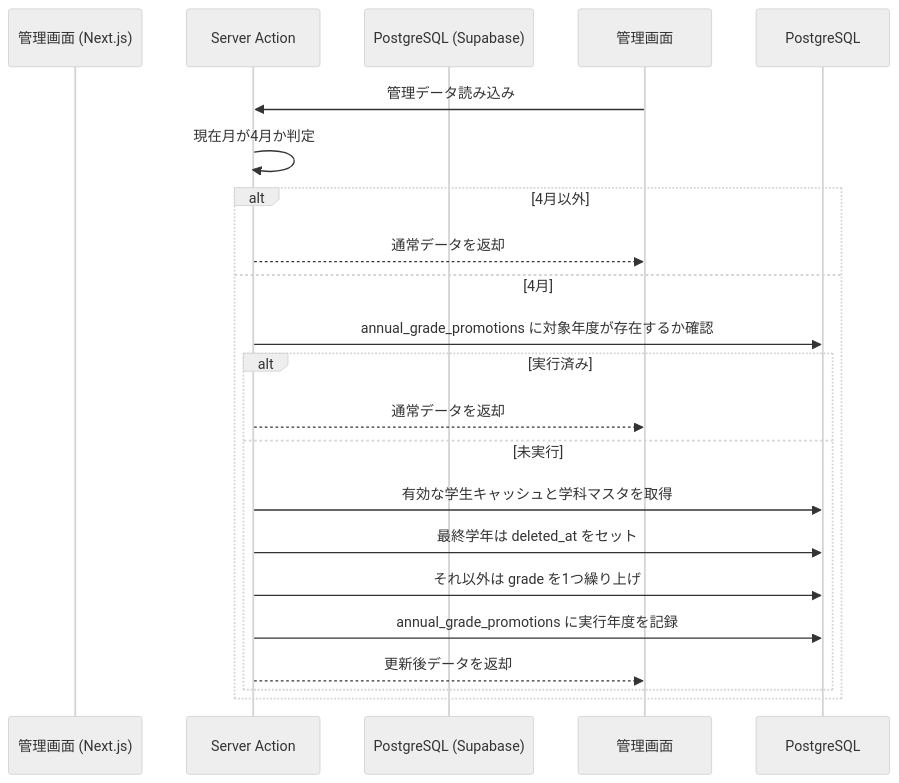
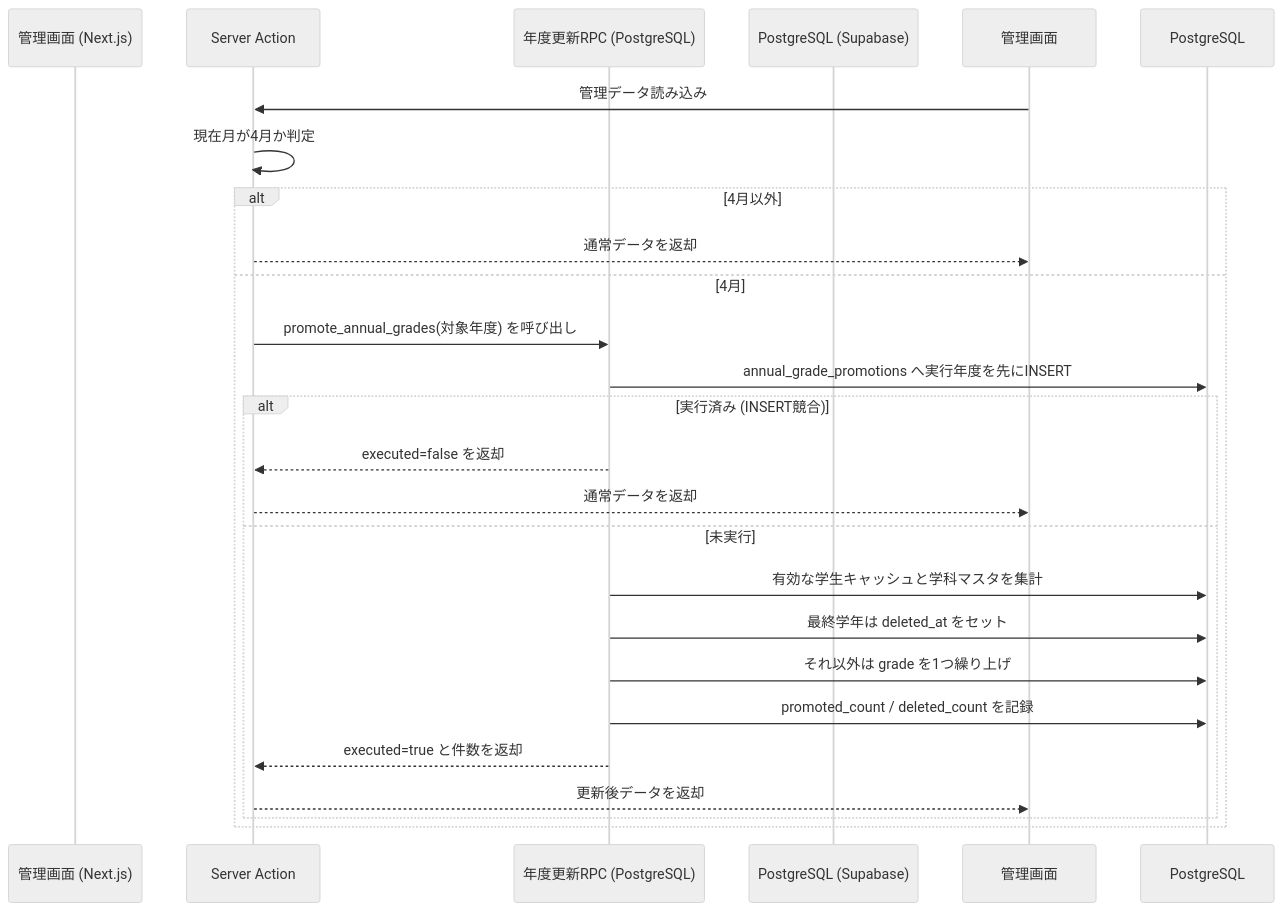
Before and after one commit to tachiyu1931-code/gym-reservation: the sixth of 6 diagrams in doc/基本設計書.md, drawn with Mermaid (neutral theme). The commit also changed other lines of this file and 12 other files, not shown here.

````diff
--- a/doc/基本設計書.md
+++ b/doc/基本設計書.md
@@ -160,23 +161,27 @@
 ```mermaid
 sequenceDiagram
     participant 管理画面 (Next.js)
     participant Server Action
+    participant 年度更新RPC (PostgreSQL)
     participant PostgreSQL (Supabase)
 
     管理画面->>Server Action: 管理データ読み込み
     Server Action->>Server Action: 現在月が4月か判定
     alt 4月以外
         Server Action-->>管理画面: 通常データを返却
     else 4月
-        Server Action->>PostgreSQL: annual_grade_promotions に対象年度が存在するか確認
-        alt 実行済み
+        Server Action->>年度更新RPC (PostgreSQL): promote_annual_grades(対象年度) を呼び出し
+        年度更新RPC (PostgreSQL)->>PostgreSQL: annual_grade_promotions へ実行年度を先にINSERT
+        alt 実行済み (INSERT競合)
+            年度更新RPC (PostgreSQL)-->>Server Action: executed=false を返却
             Server Action-->>管理画面: 通常データを返却
         else 未実行
-            Server Action->>PostgreSQL: 有効な学生キャッシュと学科マスタを取得
-            Server Action->>PostgreSQL: 最終学年は deleted_at をセット
-            Server Action->>PostgreSQL: それ以外は grade を1つ繰り上げ
-            Server Action->>PostgreSQL: annual_grade_promotions に実行年度を記録
+            年度更新RPC (PostgreSQL)->>PostgreSQL: 有効な学生キャッシュと学科マスタを集計
+            年度更新RPC (PostgreSQL)->>PostgreSQL: 最終学年は deleted_at をセット
+            年度更新RPC (PostgreSQL)->>PostgreSQL: それ以外は grade を1つ繰り上げ
+            年度更新RPC (PostgreSQL)->>PostgreSQL: promoted_count / deleted_count を記録
+            年度更新RPC (PostgreSQL)-->>Server Action: executed=true と件数を返却
             Server Action-->>管理画面: 更新後データを返却
         end
     end
 ```
````
